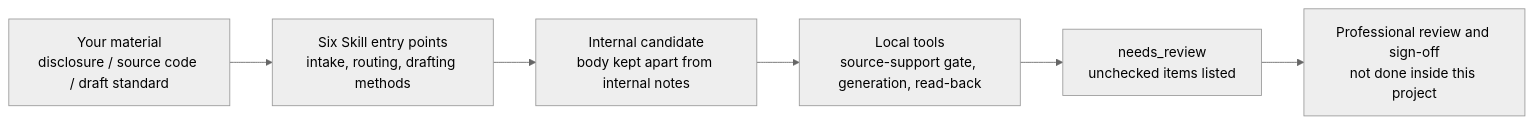
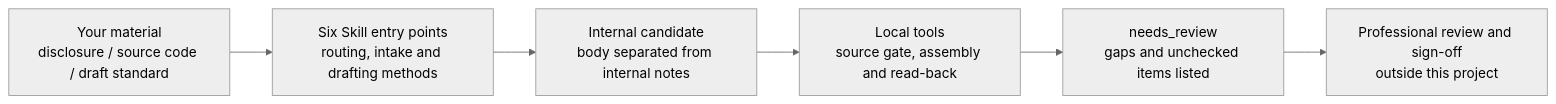
Before and after one commit to duyunzhoudyz/dyz-patent-copyright-skills: the diagram in README_EN.md, drawn with Mermaid (neutral theme). The commit also changed other lines of this file and 1 other file, not shown here.

````diff
--- a/README_EN.md
+++ b/README_EN.md
@@ -148,8 +186,8 @@
 ```mermaid
 flowchart LR
-    a["Your material<br/>disclosure / source code / draft standard"] --> b["Six Skill entry points<br/>intake, routing, drafting methods"]
-    b --> c["Internal candidate<br/>body kept apart from internal notes"]
-    c --> d["Local tools<br/>source-support gate, generation, read-back"]
-    d --> e["needs_review<br/>unchecked items listed"]
-    e --> f["Professional review and sign-off<br/>not done inside this project"]
+    input["Your material<br/>disclosure / source code / draft standard"] --> skills["Six Skill entry points<br/>routing, intake and drafting methods"]
+    skills --> draft["Internal candidate<br/>body separated from internal notes"]
+    draft --> tools["Local tools<br/>source gate, assembly and read-back"]
+    tools --> review["needs_review<br/>gaps and unchecked items listed"]
+    review --> signoff["Professional review and sign-off<br/>outside this project"]
 ```
````
